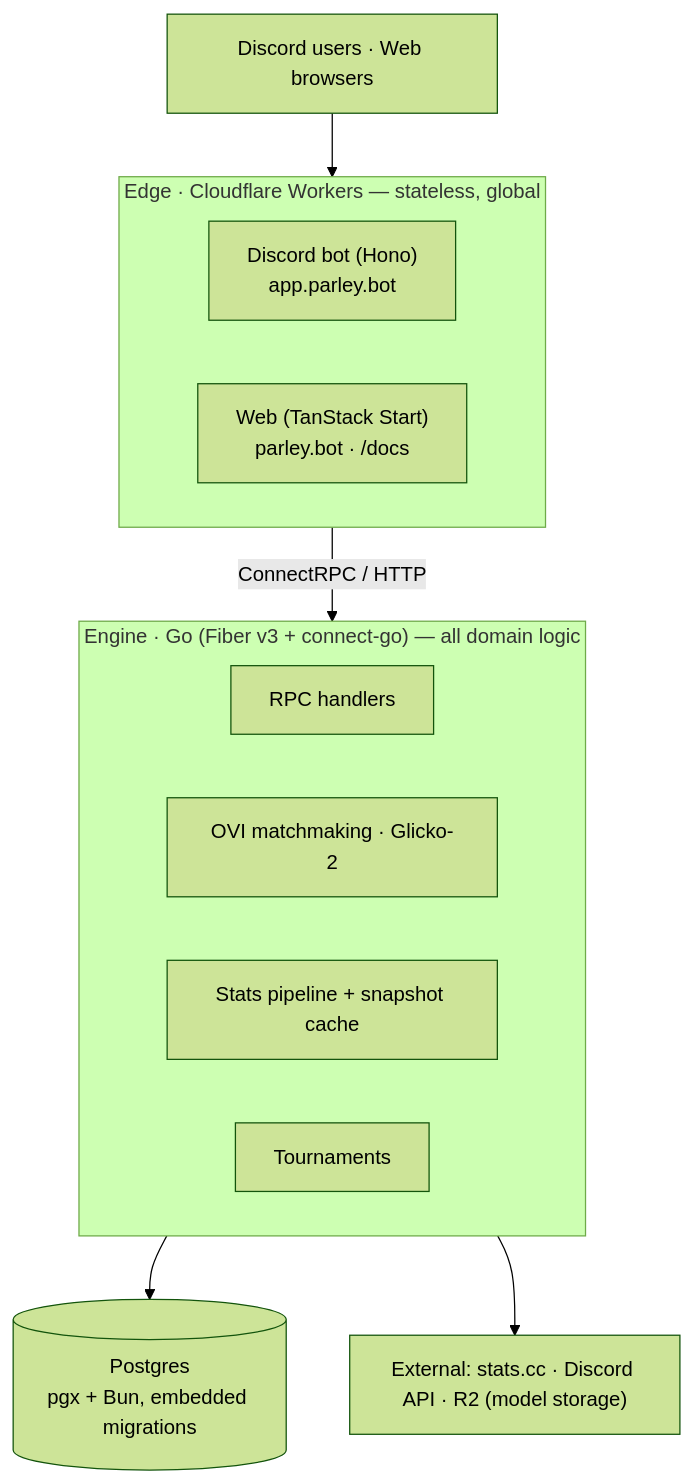
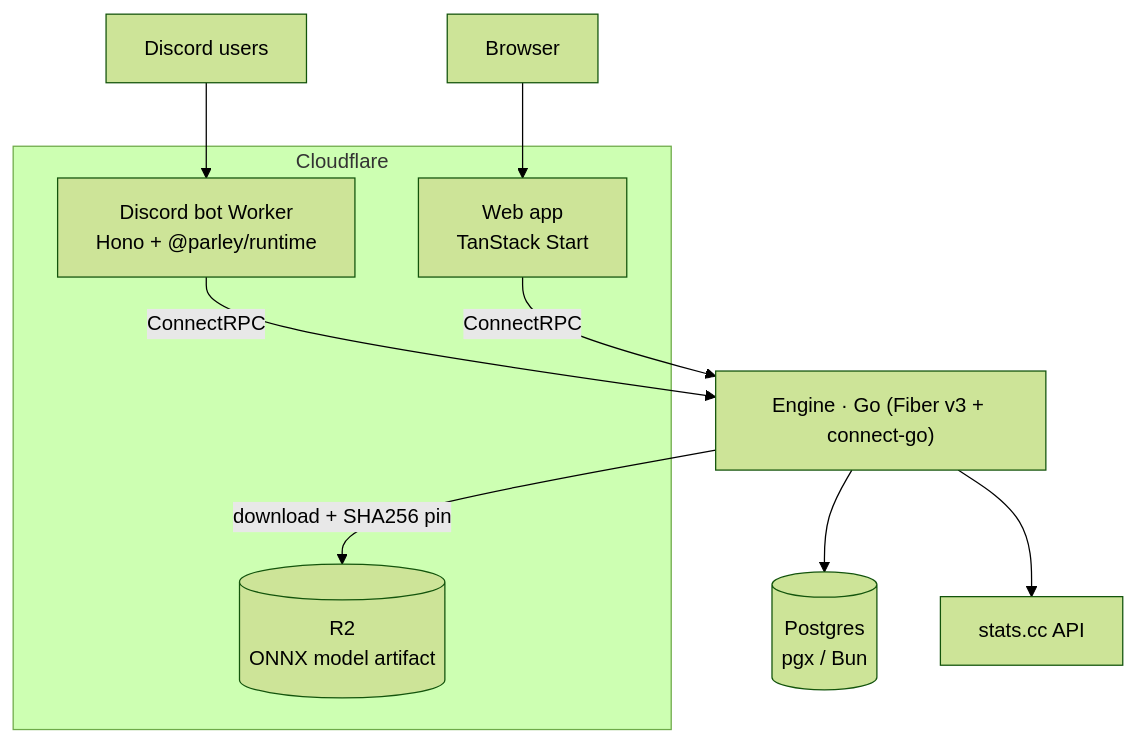
Before and after one commit to bake-computers/parley: the diagram in README.md, drawn with Mermaid (forest theme). The commit also changed other lines of this file and 52 other files, not shown here.

````diff
--- a/README.md
+++ b/README.md
@@ -184,24 +23,18 @@
 ```mermaid
 flowchart TB
-    clients["Discord users · Web browsers"]
-
-    subgraph edge["Edge · Cloudflare Workers — stateless, global"]
-        bot["Discord bot (Hono)<br/>app.parley.bot"]
-        web["Web (TanStack Start)<br/>parley.bot · /docs"]
+    subgraph cf["Cloudflare"]
+        worker["Discord bot Worker<br/>Hono + @parley/runtime"]
+        web["Web app<br/>TanStack Start"]
+        r2[("R2<br/>ONNX model artifact")]
     end
-
-    subgraph engine["Engine · Go (Fiber v3 + connect-go) — all domain logic"]
-        rpc["RPC handlers"]
-        mm["OVI matchmaking · Glicko-2"]
-        stats["Stats pipeline + snapshot cache"]
-        tourney["Tournaments"]
-    end
-
-    db[("Postgres<br/>pgx + Bun, embedded migrations")]
-    ext["External: stats.cc · Discord API · R2 (model storage)"]
-
-    clients --> edge
-    edge -->|"ConnectRPC / HTTP"| engine
-    engine --> db
-    engine --> ext
+    engine["Engine · Go (Fiber v3 + connect-go)"]
+    pg[("Postgres<br/>pgx / Bun")]
+    stats["stats.cc API"]
+    discord["Discord users"] --> worker
+    browser["Browser"] --> web
+    worker -->|ConnectRPC| engine
+    web -->|ConnectRPC| engine
+    engine --> pg
+    engine --> stats
+    engine -->|"download + SHA256 pin"| r2
 ```
````
